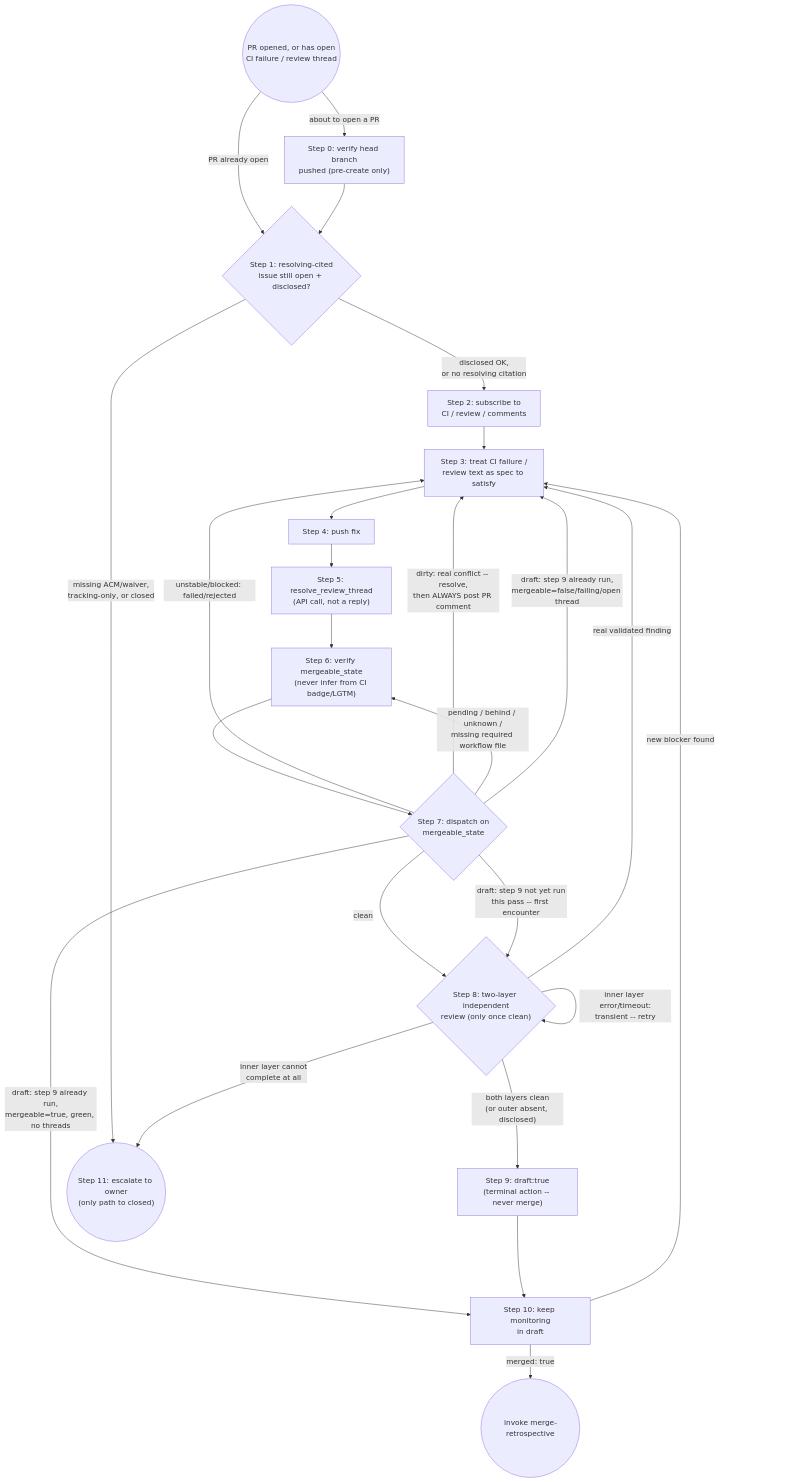
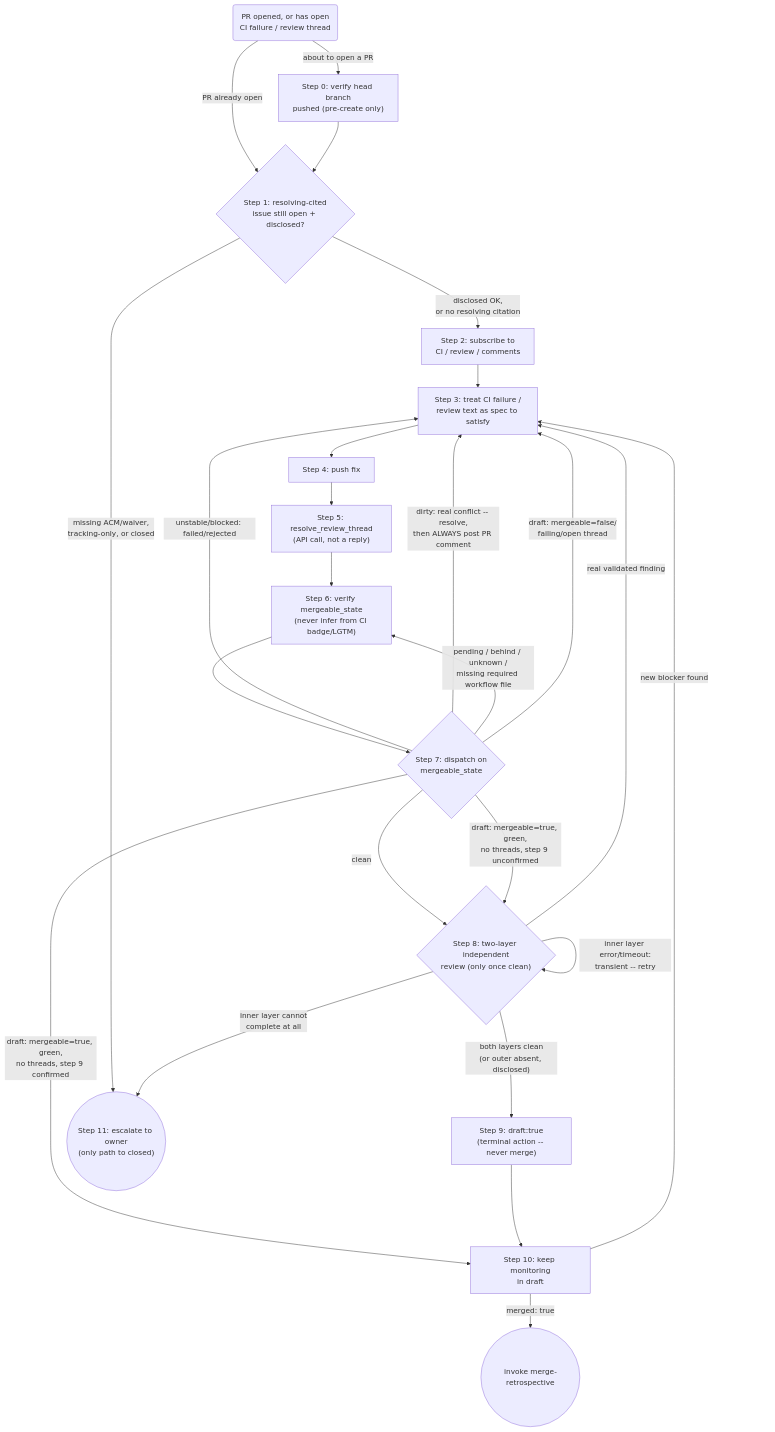
Before and after one commit to tvna/gitapex: the diagram in skills/drafting-a-pr-to-merge/SKILL.md, drawn with Mermaid. The commit also changed other lines of this file, not shown here.

````diff
--- a/skills/drafting-a-pr-to-merge/SKILL.md
+++ b/skills/drafting-a-pr-to-merge/SKILL.md
@@ -338,38 +338,38 @@
 ```mermaid
 flowchart TD
-    start(("PR opened, or has open<br/>CI failure / review thread"))
+    start("PR opened, or has open<br/>CI failure / review thread")
     step0["Step 0: verify head branch<br/>pushed (pre-create only)"]
     step1{"Step 1: resolving-cited<br/>issue still open + disclosed?"}
     step2["Step 2: subscribe to<br/>CI / review / comments"]
     step3["Step 3: treat CI failure /<br/>review text as spec to satisfy"]
     step4["Step 4: push fix"]
     step5["Step 5: resolve_review_thread<br/>(API call, not a reply)"]
     step6["Step 6: verify mergeable_state<br/>(never infer from CI badge/LGTM)"]
     step7{"Step 7: dispatch on<br/>mergeable_state"}
     step8{"Step 8: two-layer independent<br/>review (only once clean)"}
     step9["Step 9: draft:true<br/>(terminal action -- never merge)"]
     step10["Step 10: keep monitoring<br/>in draft"]
     step11(("Step 11: escalate to owner<br/>(only path to closed)"))
     retro(("invoke merge-retrospective"))
 
     start -->|"about to open a PR"| step0
     start -->|"PR already open"| step1
     step0 --> step1
     step1 -->|"missing ACM/waiver,<br/>tracking-only, or closed"| step11
     step1 -->|"disclosed OK,<br/>or no resolving citation"| step2
     step2 --> step3 --> step4 --> step5 --> step6 --> step7
     step7 -->|"clean"| step8
     step7 -->|"unstable/blocked: failed/rejected"| step3
     step7 -->|"dirty: real conflict -- resolve,<br/>then ALWAYS post PR comment"| step3
     step7 -->|"pending / behind / unknown /<br/>missing required workflow file"| step6
-    step7 -->|"draft: step 9 not yet run<br/>this pass -- first encounter"| step8
-    step7 -->|"draft: step 9 already run,<br/>mergeable=true, green, no threads"| step10
-    step7 -->|"draft: step 9 already run,<br/>mergeable=false/failing/open thread"| step3
+    step7 -->|"draft: mergeable=false/<br/>failing/open thread"| step3
+    step7 -->|"draft: mergeable=true, green,<br/>no threads, step 9 unconfirmed"| step8
+    step7 -->|"draft: mergeable=true, green,<br/>no threads, step 9 confirmed"| step10
     step8 -->|"both layers clean<br/>(or outer absent, disclosed)"| step9
     step8 -->|"real validated finding"| step3
     step8 -->|"inner layer error/timeout:<br/>transient -- retry"| step8
     step8 -->|"inner layer cannot<br/>complete at all"| step11
     step9 --> step10
     step10 -->|"new blocker found"| step3
     step10 -->|"merged: true"| retro
 ```
````
